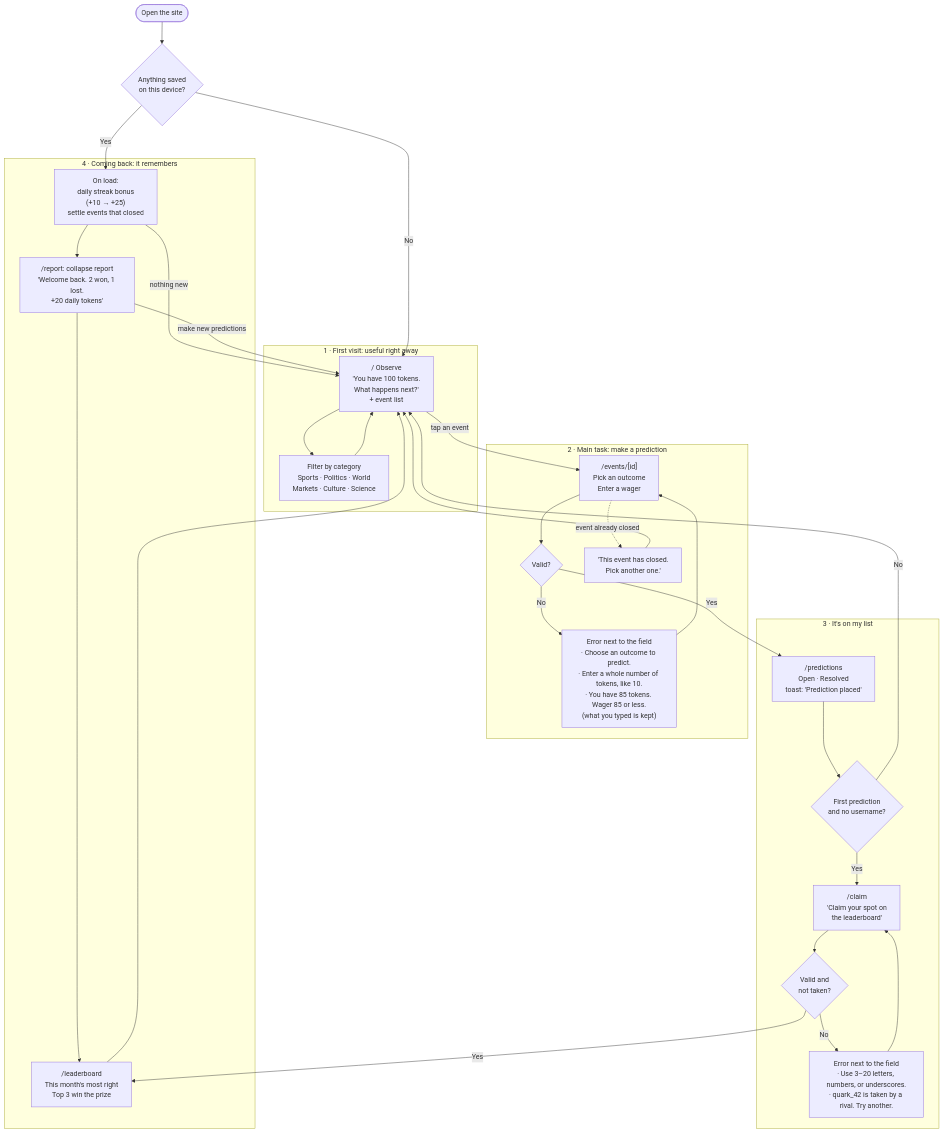
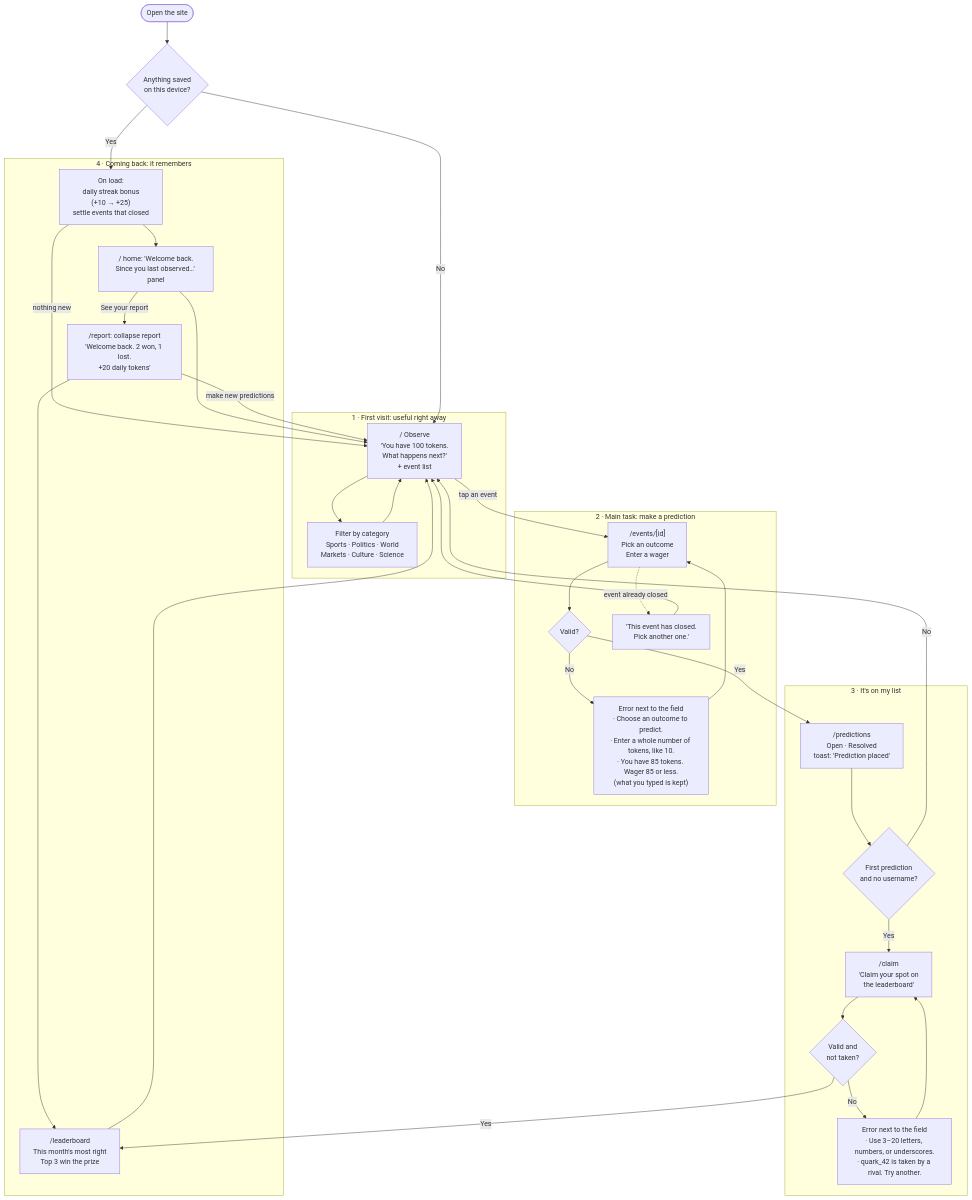
The diagram in README.md (lindsayxm/lxm-dbs-a03), drawn with Mermaid before and after one commit. The commit also changed 6 other files, not shown here.

First line of the commit message:
Add the coming-back experience: collapse report and home panel

````diff
--- a/README.md
+++ b/README.md
@@ -16,49 +16,51 @@
 ```mermaid
 flowchart TD
     Start(["Open the site"]) --> Saved{"Anything saved<br/>on this device?"}
 
     subgraph FIRST["1 · First visit: useful right away"]
         Home["/ Observe<br/>'You have 100 tokens.<br/>What happens next?'<br/>+ event list"]
         Filter["Filter by category<br/>Sports · Politics · World<br/>Markets · Culture · Science"]
         Home --> Filter --> Home
     end
 
     subgraph TASK["2 · Main task: make a prediction"]
         Event["/events/[id]<br/>Pick an outcome<br/>Enter a wager"]
         Check{"Valid?"}
         Err["Error next to the field<br/>· Choose an outcome to predict.<br/>· Enter a whole number of tokens, like 10.<br/>· You have 85 tokens. Wager 85 or less.<br/>(what you typed is kept)"]
         Closed["'This event has closed.<br/>Pick another one.'"]
         Event --> Check
         Check -- No --> Err --> Event
         Event -. event already closed .-> Closed
     end
 
     subgraph LIST["3 · It's on my list"]
         Preds["/predictions<br/>Open · Resolved<br/>toast: 'Prediction placed'"]
         FirstPick{"First prediction<br/>and no username?"}
         Claim["/claim<br/>'Claim your spot on<br/>the leaderboard'"]
         ClaimCheck{"Valid and<br/>not taken?"}
         ClaimErr["Error next to the field<br/>· Use 3–20 letters, numbers, or underscores.<br/>· quark_42 is taken by a rival. Try another."]
         Preds --> FirstPick
         FirstPick -- Yes --> Claim --> ClaimCheck
         ClaimCheck -- No --> ClaimErr --> Claim
     end
 
     subgraph BACK["4 · Coming back: it remembers"]
         Visit["On load:<br/>daily streak bonus<br/>(+10 → +25)<br/>settle events that closed"]
         Report["/report: collapse report<br/>'Welcome back. 2 won, 1 lost.<br/>+20 daily tokens'"]
         Board["/leaderboard<br/>This month's most right<br/>Top 3 win the prize"]
-        Visit --> Report --> Board
+        Panel["/ home: 'Welcome back.<br/>Since you last observed…' panel"]
+        Visit --> Panel -- See your report --> Report --> Board
     end
 
     Saved -- No --> Home
     Saved -- Yes --> Visit
     Visit -- nothing new --> Home
+    Panel --> Home
     Home -- tap an event --> Event
     Check -- Yes --> Preds
     FirstPick -- No --> Home
     ClaimCheck -- Yes --> Board
     Report -- make new predictions --> Home
     Board --> Home
     Closed --> Home
 ```
````
